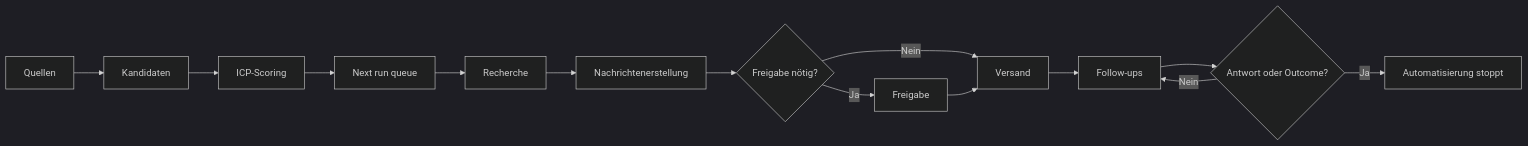
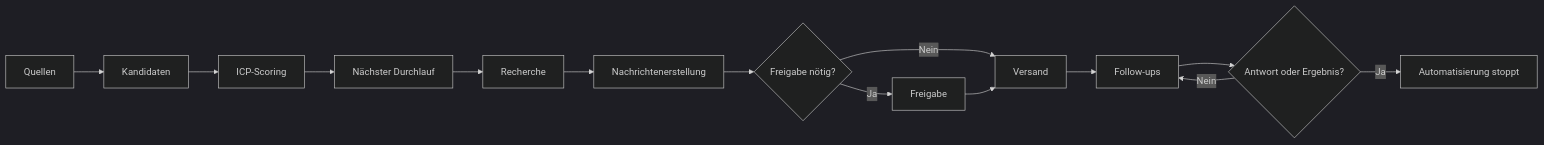
One commit to keinsaasforever/sales-agent-docs changed the diagram in de/getting-started/how-it-works.mdx. Above: the diagram before and after it, drawn with Mermaid (dark theme). The commit also changed other lines of this file and 26 other files, not shown here.

````diff
--- a/de/getting-started/how-it-works.mdx
+++ b/de/getting-started/how-it-works.mdx
@@ -9,16 +9,16 @@
 ```mermaid
 flowchart LR
   A[Quellen] --> B[Kandidaten]
   B --> C[ICP-Scoring]
-  C --> D[Next run queue]
+  C --> D[Nächster Durchlauf]
   D --> E[Recherche]
   E --> F[Nachrichtenerstellung]
   F --> G{Freigabe nötig?}
   G -->|Ja| H[Freigabe]
   G -->|Nein| I[Versand]
   H --> I
   I --> J[Follow-ups]
-  J --> K{Antwort oder Outcome?}
+  J --> K{Antwort oder Ergebnis?}
   K -->|Nein| J
   K -->|Ja| L[Automatisierung stoppt]
 ```
````
